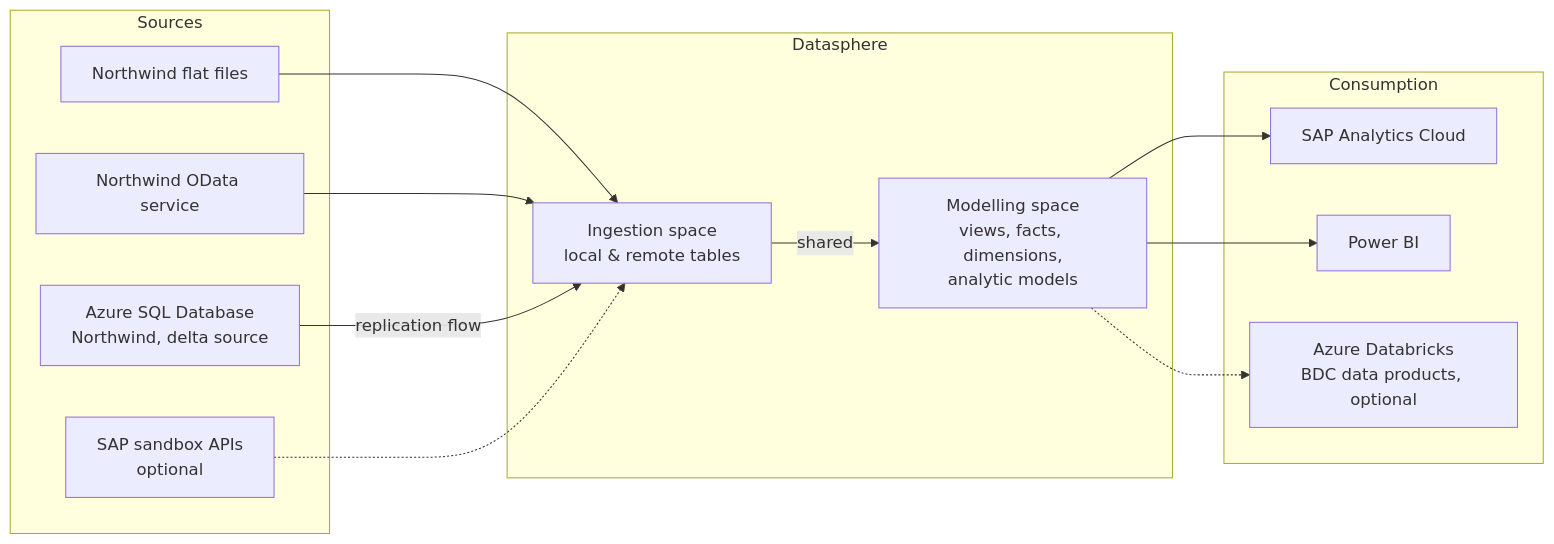
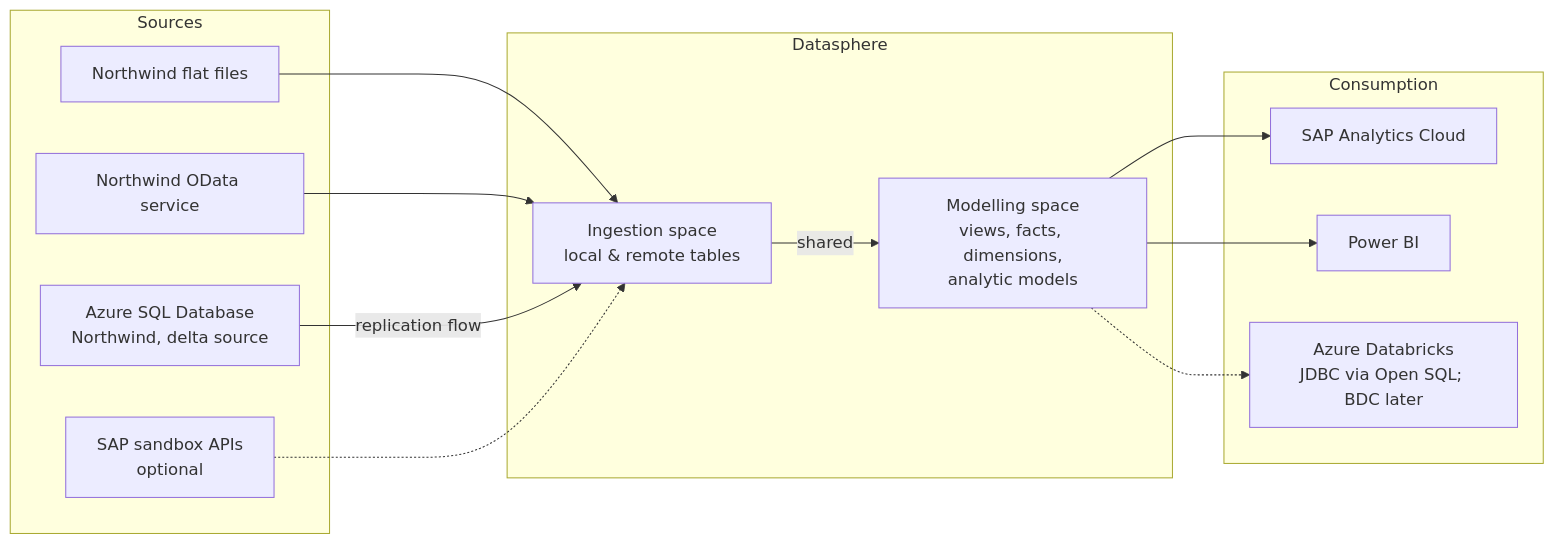
Before and after one commit to gonzalonao/sap-datasphere-lab: the first of 3 diagrams in docs/architecture.md, drawn with Mermaid. The commit also changed other lines of this file and 6 other files, not shown here.

````diff
--- a/docs/architecture.md
+++ b/docs/architecture.md
@@ -7,26 +7,26 @@
 ```mermaid
 flowchart LR
     subgraph Sources
         F[Northwind flat files]
         O[Northwind OData service]
         AZ[Azure SQL Database<br/>Northwind, delta source]
         S[SAP sandbox APIs<br/>optional]
     end
     subgraph Datasphere
         I[Ingestion space<br/>local & remote tables]
         M[Modelling space<br/>views, facts, dimensions,<br/>analytic models]
     end
     subgraph Consumption
         SAC[SAP Analytics Cloud]
         PBI[Power BI]
-        DBX[Azure Databricks<br/>BDC data products, optional]
+        DBX[Azure Databricks<br/>JDBC via Open SQL; BDC later]
     end
     F --> I
     O --> I
     AZ -->|replication flow| I
     S -.-> I
     I -->|shared| M
     M --> SAC
     M --> PBI
     M -.-> DBX
 ```
````
